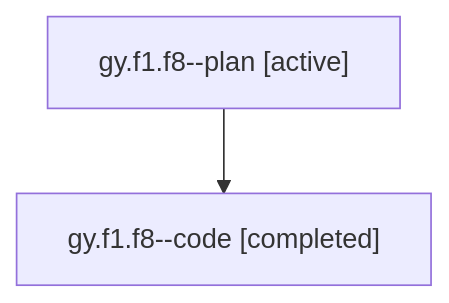
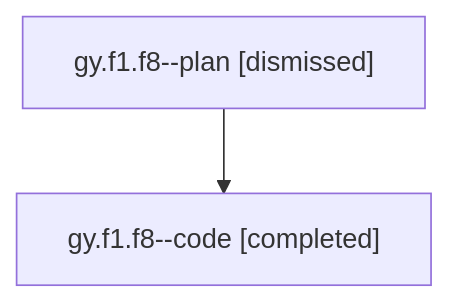
The diagram in sessions/bbugyi200.athena.gy.f1.f8.md (sase-org/sase--agents), drawn with Mermaid before and after one commit. The commit also changed other lines of this file and 74 other files, not shown here.

````diff
--- a/sessions/bbugyi200.athena.gy.f1.f8.md
+++ b/sessions/bbugyi200.athena.gy.f1.f8.md
@@ -9,6 +9,6 @@
 ```mermaid
 flowchart TD
-  n0["gy.f1.f8--plan [active]"]
+  n0["gy.f1.f8--plan [dismissed]"]
   n1["gy.f1.f8--code [completed]"]
   n0 --> n1
 ```
````
